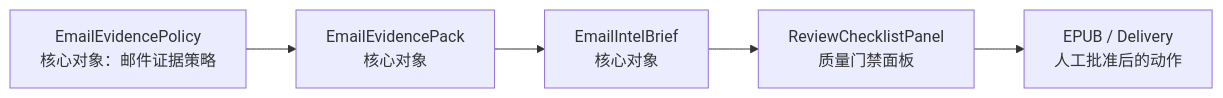
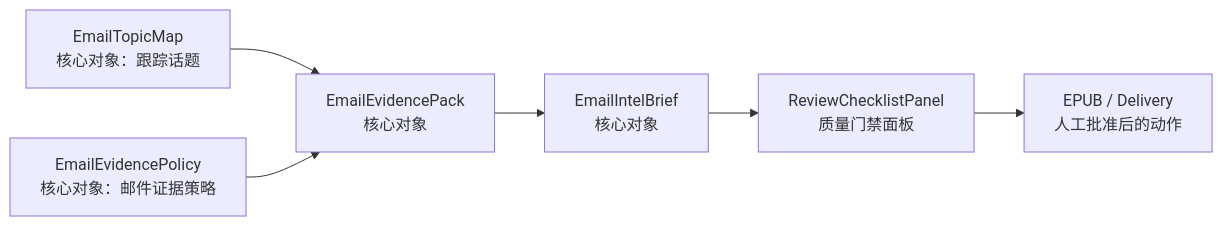
The diagram in plans/podsum-email-workbench-gui-spec.md (arlishansenn/podsum), drawn with Mermaid before and after one commit. The commit also changed other lines of this file and 9 other files, not shown here.

First line of the commit message:
feat(email): add topic-led evidence workflow

````diff
--- a/plans/podsum-email-workbench-gui-spec.md
+++ b/plans/podsum-email-workbench-gui-spec.md
@@ -35,7 +35,8 @@
 ```mermaid
 flowchart LR
-  P["EmailEvidencePolicy<br/>核心对象：邮件证据策略"] --> E["EmailEvidencePack<br/>核心对象"]
+  T["EmailTopicMap<br/>核心对象：跟踪话题"] --> E["EmailEvidencePack<br/>核心对象"]
+  P["EmailEvidencePolicy<br/>核心对象：邮件证据策略"] --> E
   E --> B["EmailIntelBrief<br/>核心对象"]
   B --> R["ReviewChecklistPanel<br/>质量门禁面板"]
   R --> X["EPUB / Delivery<br/>人工批准后的动作"]
 ```
````
